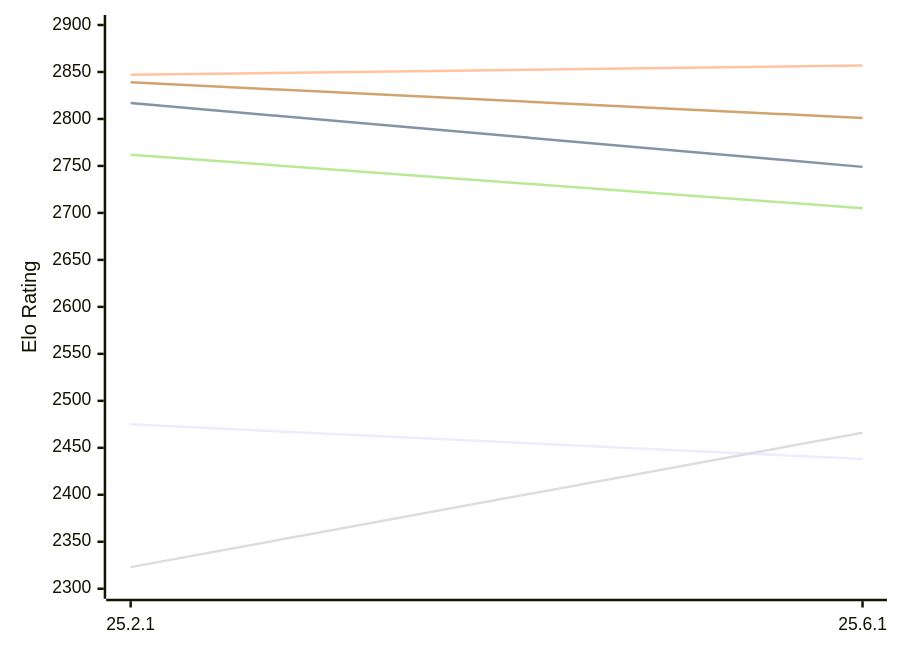
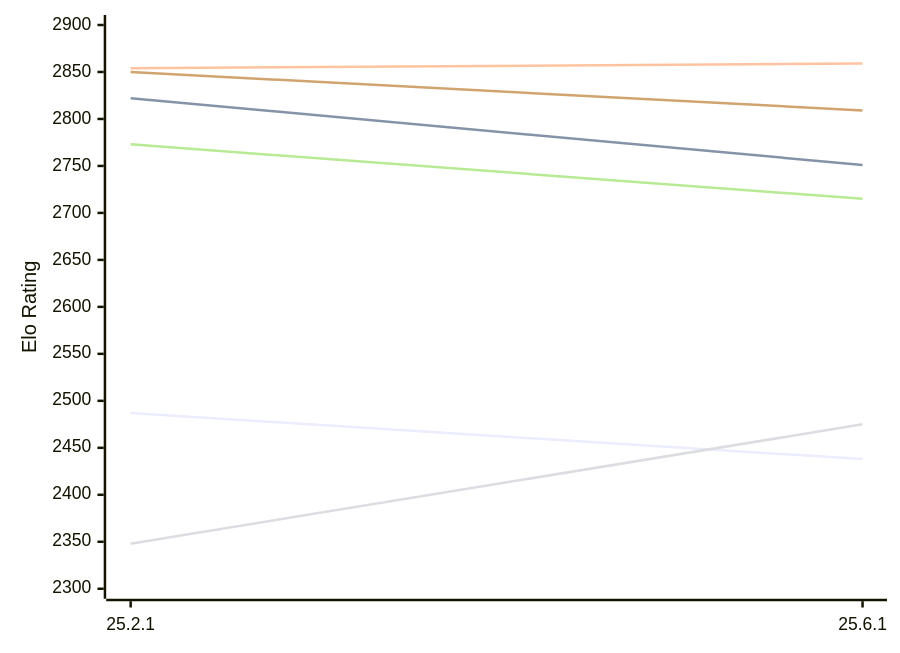
One commit to computer-chess-index/cci changed the first of 2 diagrams in engines/Crafty.md. Above: the diagram before and after it, drawn with Mermaid. The commit also changed other lines of this file, not shown here.

Commit message:
Update CCI Ratings (ELO VLTC) - 2026-11-25

````diff
--- a/engines/Crafty.md
+++ b/engines/Crafty.md
@@ -50,12 +50,12 @@
 ```mermaid
 %%{init: {"theme":"base","themeVariables":{"seriesColors:['#a3a3a3','#222221','#faa371']}}}%%
 xychart-beta
   x-axis ["25.2.1", "25.6.1"]
   y-axis "Elo Rating" 2300 --> 2900
-  line "E1: STC (8.0+0.08s)" [2475, 2438]
-  line "E1: LTC (60.0+0.60s)" [2817, 2749]
-  line "E1: VLTC (2m24s+1.12s)" [2847, 2857]
-  line "P1: STC (8.0+0.08s)" [2323, 2466]
-  line "P1: LTC (60.0+0.60s)" [2762, 2705]
-  line "P1: VLTC (2m24s+1.12s)" [2839, 2801]
+  line "E1: STC (8.0+0.08s)" [2487, 2438]
+  line "E1: LTC (60.0+0.60s)" [2822, 2751]
+  line "E1: VLTC (2m24s+1.12s)" [2854, 2859]
+  line "P1: STC (8.0+0.08s)" [2348, 2475]
+  line "P1: LTC (60.0+0.60s)" [2773, 2715]
+  line "P1: VLTC (2m24s+1.12s)" [2850, 2809]
 ```
````
